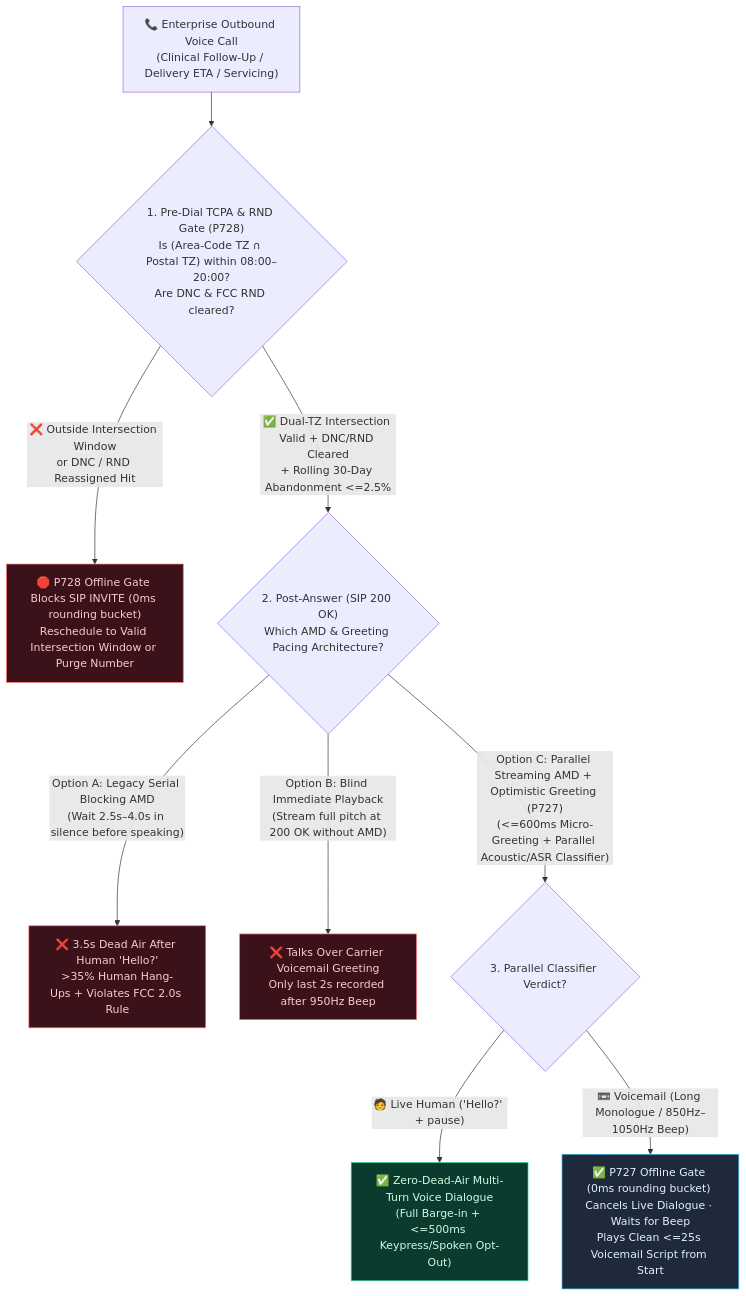
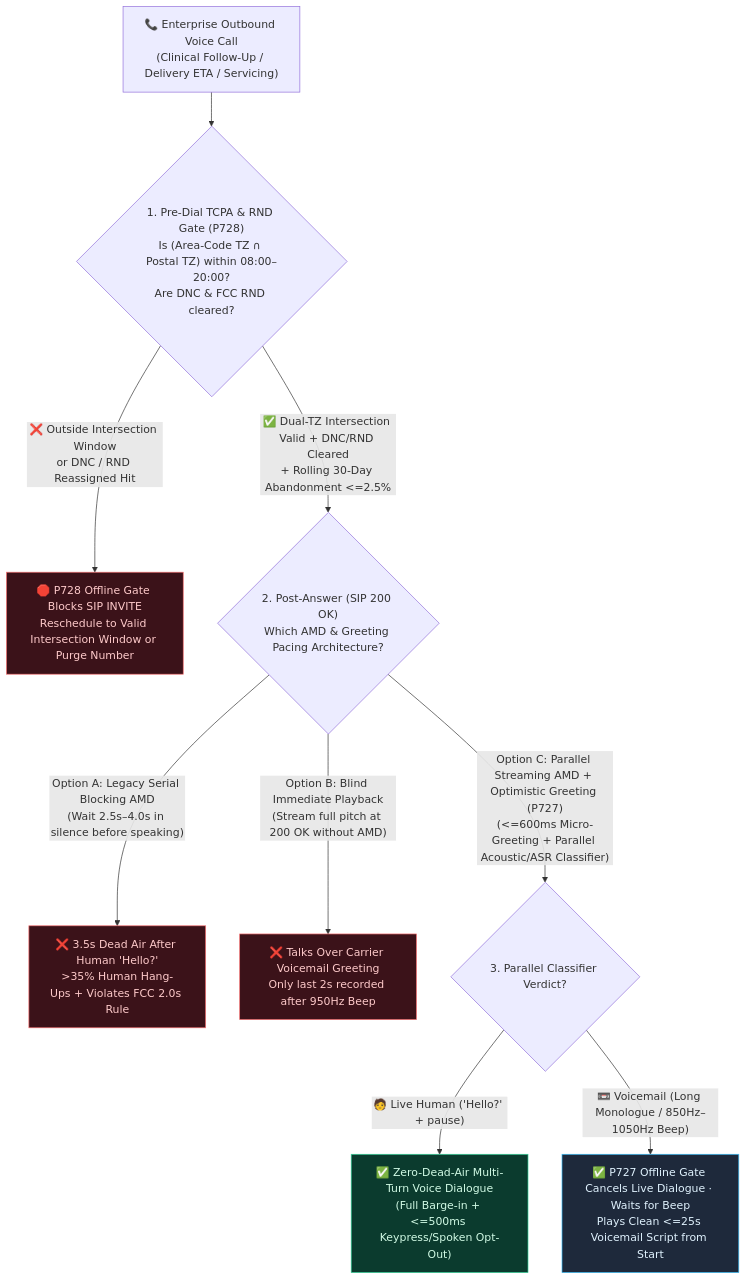
The first of 3 diagrams in voice/outbound-amd-voicemail-tcpa-faq.en.md (turbo998/turbo998.github.io), drawn with Mermaid before and after one commit. The commit also changed other lines of this file and 43 other files, not shown here.

````diff
--- a/voice/outbound-amd-voicemail-tcpa-faq.en.md
+++ b/voice/outbound-amd-voicemail-tcpa-faq.en.md
@@ -65,17 +65,17 @@
 ```mermaid
 flowchart TD
     A["📞 Enterprise Outbound Voice Call<br/>(Clinical Follow-Up / Delivery ETA / Servicing)"] --> B{"1. Pre-Dial TCPA & RND Gate (P728)<br/>Is (Area-Code TZ ∩ Postal TZ) within 08:00–20:00?<br/>Are DNC & FCC RND cleared?"}
-    B -- "❌ Outside Intersection Window<br/>or DNC / RND Reassigned Hit" --> C["🛑 P728 Offline Gate Blocks SIP INVITE (0ms rounding bucket)<br/>Reschedule to Valid Intersection Window or Purge Number"]
+    B -- "❌ Outside Intersection Window<br/>or DNC / RND Reassigned Hit" --> C["🛑 P728 Offline Gate Blocks SIP INVITE<br/>Reschedule to Valid Intersection Window or Purge Number"]
     B -- "✅ Dual-TZ Intersection Valid + DNC/RND Cleared<br/>+ Rolling 30-Day Abandonment <=2.5%" --> D{"2. Post-Answer (SIP 200 OK)<br/>Which AMD & Greeting Pacing Architecture?"}
     D -- "Option A: Legacy Serial Blocking AMD<br/>(Wait 2.5s–4.0s in silence before speaking)" --> E["❌ 3.5s Dead Air After Human 'Hello?'<br/>>35% Human Hang-Ups + Violates FCC 2.0s Rule"]
     D -- "Option B: Blind Immediate Playback<br/>(Stream full pitch at 200 OK without AMD)" --> F["❌ Talks Over Carrier Voicemail Greeting<br/>Only last 2s recorded after 950Hz Beep"]
     D -- "Option C: Parallel Streaming AMD + Optimistic Greeting (P727)<br/>(<=600ms Micro-Greeting + Parallel Acoustic/ASR Classifier)" --> G{"3. Parallel Classifier Verdict?"}
     G -- "🧑 Live Human ('Hello?' + pause)" --> H["✅ Zero-Dead-Air Multi-Turn Voice Dialogue<br/>(Full Barge-in + <=500ms Keypress/Spoken Opt-Out)"]
-    G -- "📼 Voicemail (Long Monologue / 850Hz–1050Hz Beep)" --> I["✅ P727 Offline Gate (0ms rounding bucket) Cancels Live Dialogue · Waits for Beep<br/>Plays Clean <=25s Voicemail Script from Start"]
+    G -- "📼 Voicemail (Long Monologue / 850Hz–1050Hz Beep)" --> I["✅ P727 Offline Gate Cancels Live Dialogue · Waits for Beep<br/>Plays Clean <=25s Voicemail Script from Start"]
 
     style C fill:#3b1219,stroke:#f87171,color:#fecaca
     style E fill:#3b1219,stroke:#f87171,color:#fecaca
     style F fill:#3b1219,stroke:#f87171,color:#fecaca
     style H fill:#0b3b2e,stroke:#34d399,color:#d1fae5
     style I fill:#1e293b,stroke:#38bdf8,color:#e0f2fe
 ```
````
